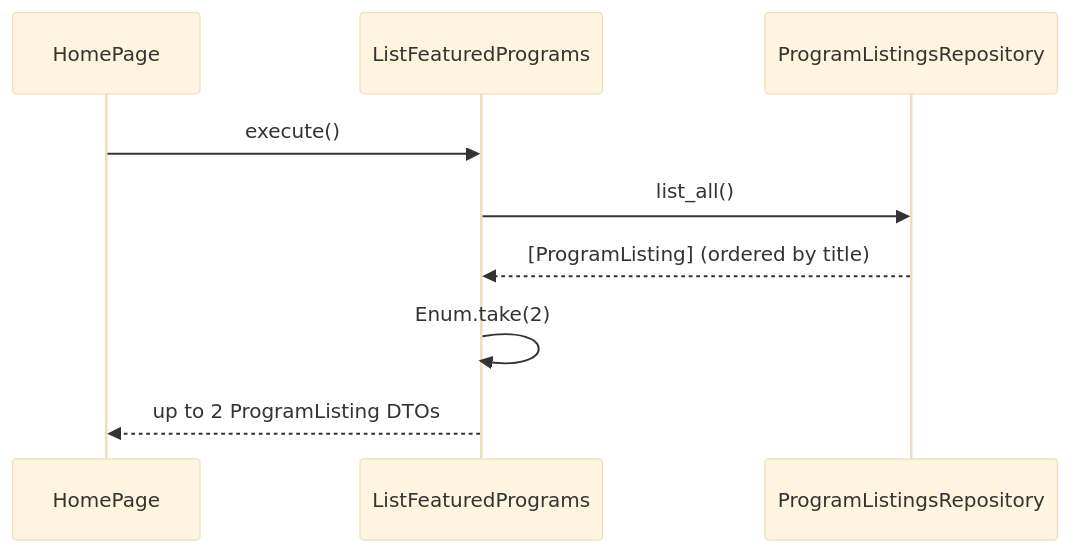
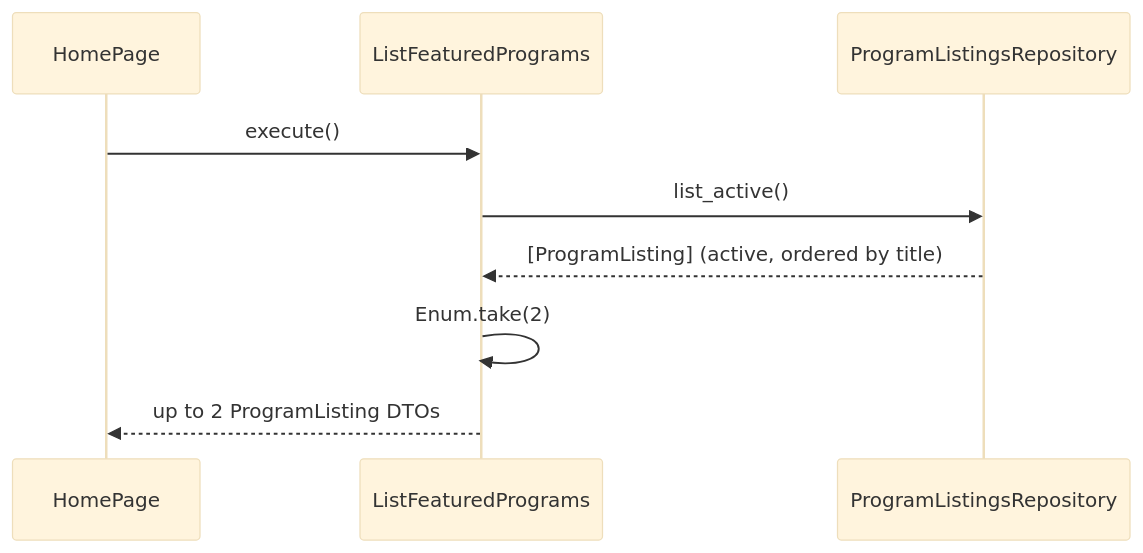
Before and after one commit to MaxPayne89/prime-youth: the third of 3 diagrams in docs/contexts/program-catalog/features/browse-programs.md, drawn with Mermaid (base theme). The commit also changed other lines of this file and 5 other files, not shown here.

First line of the commit message:
feat(program_catalog): hide expired programs from featured section

````diff
--- a/docs/contexts/program-catalog/features/browse-programs.md
+++ b/docs/contexts/program-catalog/features/browse-programs.md
@@ -130,12 +132,12 @@
 ```mermaid
 sequenceDiagram
     participant HomePage
     participant ListFeaturedPrograms
     participant ProgramListingsRepository
 
     HomePage->>ListFeaturedPrograms: execute()
-    ListFeaturedPrograms->>ProgramListingsRepository: list_all()
-    ProgramListingsRepository-->>ListFeaturedPrograms: [ProgramListing] (ordered by title)
+    ListFeaturedPrograms->>ProgramListingsRepository: list_active()
+    ProgramListingsRepository-->>ListFeaturedPrograms: [ProgramListing] (active, ordered by title)
     ListFeaturedPrograms->>ListFeaturedPrograms: Enum.take(2)
     ListFeaturedPrograms-->>HomePage: up to 2 ProgramListing DTOs
 ```
````
